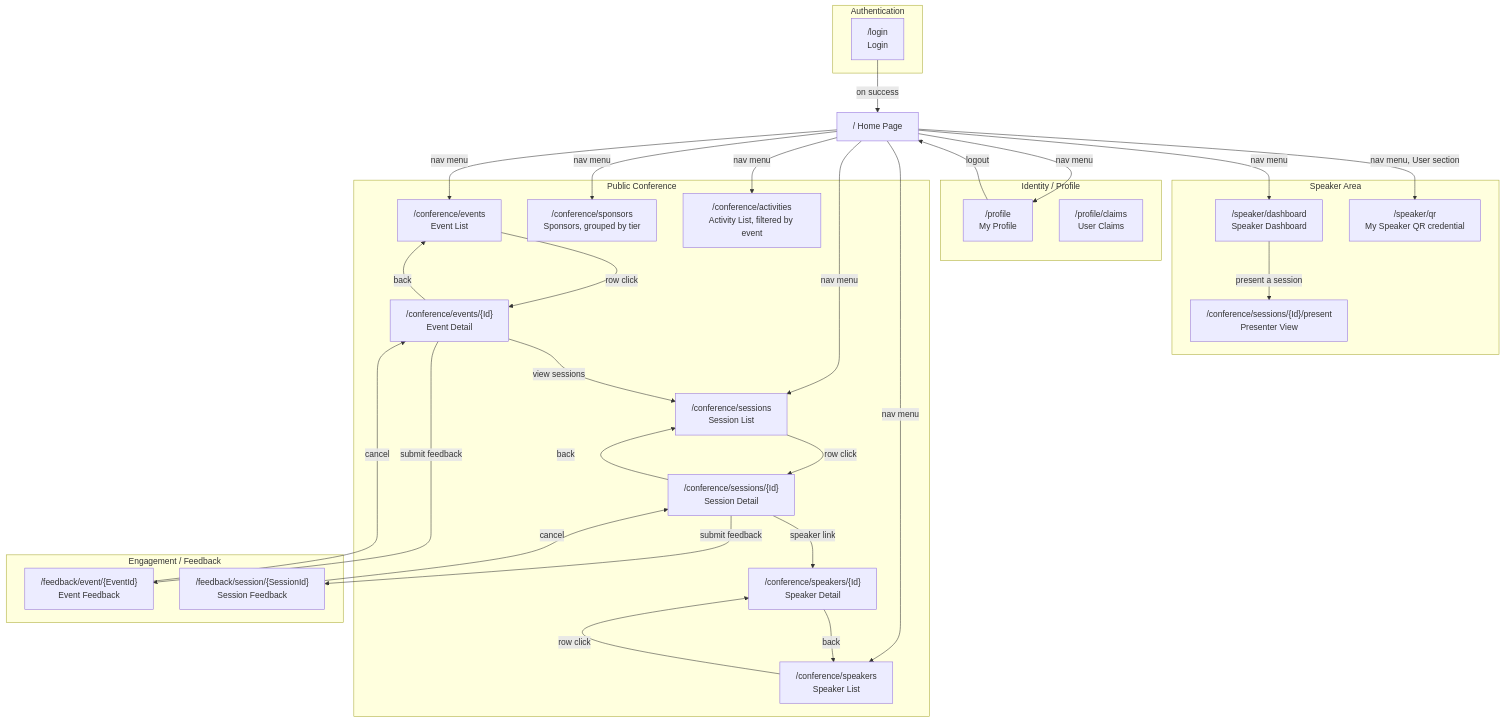
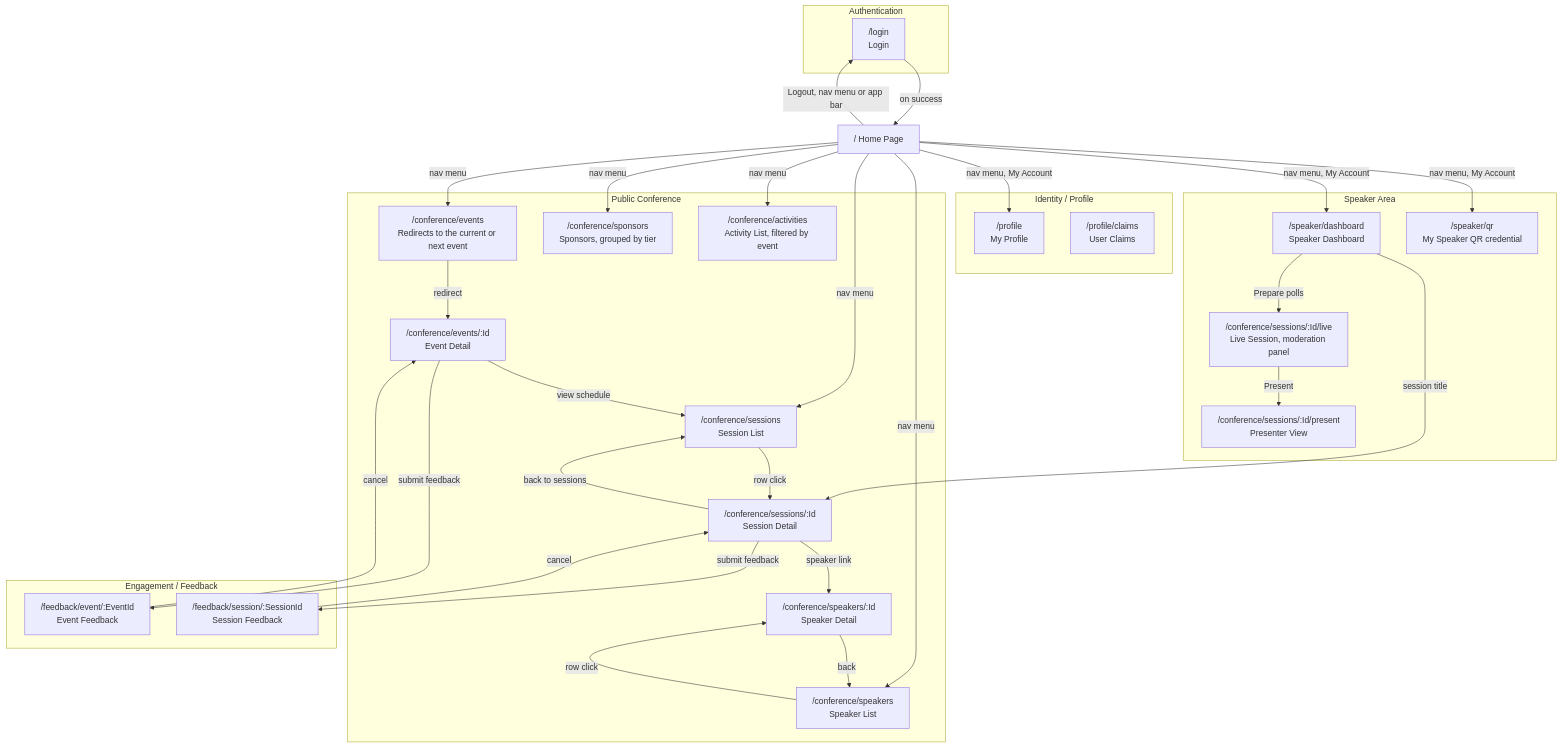
Before and after one commit to ivanball/ivanball.github.io: the third of 14 diagrams in docs-src/guides/adc-NavigationFlow.md, drawn with Mermaid. The commit also changed other lines of this file and 9 other files, not shown here.

````diff
--- a/docs-src/guides/adc-NavigationFlow.md
+++ b/docs-src/guides/adc-NavigationFlow.md
@@ -175,65 +192,67 @@
 ```mermaid
 flowchart TD
     subgraph Auth["Authentication"]
         Login["/login<br/>Login"]
     end
 
     subgraph Profile["Identity / Profile"]
         MyProfile["/profile<br/>My Profile"]
         Claims["/profile/claims<br/>User Claims"]
     end
 
     subgraph Speaker["Speaker Area"]
         Dashboard["/speaker/dashboard<br/>Speaker Dashboard"]
         SpeakerQr["/speaker/qr<br/>My Speaker QR credential"]
-        Presenter["/conference/sessions/{Id}/present<br/>Presenter View"]
+        SessionLive["/conference/sessions/:Id/live<br/>Live Session, moderation panel"]
+        Presenter["/conference/sessions/:Id/present<br/>Presenter View"]
     end
 
     subgraph Public["Public Conference"]
-        PubEvents["/conference/events<br/>Event List"]
-        PubEventDetail["/conference/events/{Id}<br/>Event Detail"]
+        PubEvents["/conference/events<br/>Redirects to the current or next event"]
+        PubEventDetail["/conference/events/:Id<br/>Event Detail"]
         PubSessions["/conference/sessions<br/>Session List"]
-        PubSessionDetail["/conference/sessions/{Id}<br/>Session Detail"]
+        PubSessionDetail["/conference/sessions/:Id<br/>Session Detail"]
         PubSpeakers["/conference/speakers<br/>Speaker List"]
-        PubSpeakerDetail["/conference/speakers/{Id}<br/>Speaker Detail"]
+        PubSpeakerDetail["/conference/speakers/:Id<br/>Speaker Detail"]
         PubSponsors["/conference/sponsors<br/>Sponsors, grouped by tier"]
         PubActivities["/conference/activities<br/>Activity List, filtered by event"]
     end
 
     subgraph Engagement["Engagement / Feedback"]
-        EventFeedback["/feedback/event/{EventId}<br/>Event Feedback"]
-        SessionFeedback["/feedback/session/{SessionId}<br/>Session Feedback"]
+        EventFeedback["/feedback/event/:EventId<br/>Event Feedback"]
+        SessionFeedback["/feedback/session/:SessionId<br/>Session Feedback"]
     end
 
     Home["/  Home Page"]
 
     Home -->|nav menu| PubEvents
     Home -->|nav menu| PubSessions
     Home -->|nav menu| PubSpeakers
     Home -->|nav menu| PubSponsors
     Home -->|nav menu| PubActivities
-    Home -->|nav menu| MyProfile
-    Home -->|nav menu| Dashboard
-    Home -->|nav menu, User section| SpeakerQr
+    Home -->|nav menu, My Account| MyProfile
+    Home -->|nav menu, My Account| Dashboard
+    Home -->|nav menu, My Account| SpeakerQr
 
-    Dashboard -->|present a session| Presenter
+    Dashboard -->|session title| PubSessionDetail
+    Dashboard -->|Prepare polls| SessionLive
+    SessionLive -->|Present| Presenter
 
     Login -->|on success| Home
-    MyProfile -->|logout| Home
+    Home -->|Logout, nav menu or app bar| Login
 
-    PubEvents -->|row click| PubEventDetail
-    PubEventDetail -->|back| PubEvents
-    PubEventDetail -->|view sessions| PubSessions
+    PubEvents -->|redirect| PubEventDetail
+    PubEventDetail -->|view schedule| PubSessions
     PubEventDetail -->|submit feedback| EventFeedback
 
     PubSessions -->|row click| PubSessionDetail
-    PubSessionDetail -->|back| PubSessions
+    PubSessionDetail -->|back to sessions| PubSessions
     PubSessionDetail -->|speaker link| PubSpeakerDetail
     PubSessionDetail -->|submit feedback| SessionFeedback
 
     PubSpeakers -->|row click| PubSpeakerDetail
     PubSpeakerDetail -->|back| PubSpeakers
 
     EventFeedback -->|cancel| PubEventDetail
     SessionFeedback -->|cancel| PubSessionDetail
 ```
````
